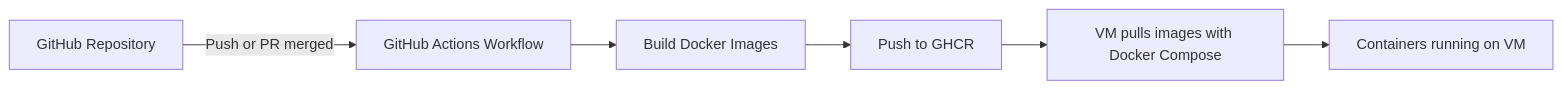
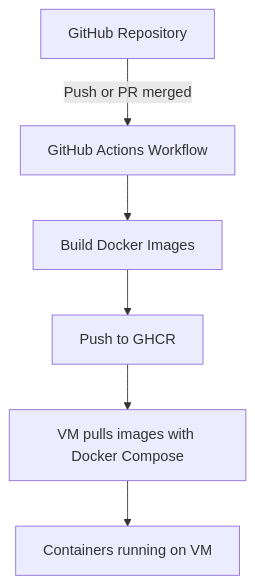
The diagram in readme.md (A-Marbach/conduit-container), drawn with Mermaid before and after one commit.

````diff
--- a/readme.md
+++ b/readme.md
@@ -111,8 +111,8 @@
 ```mermaid
-flowchart LR
+flowchart TD
     GitHubRepo[GitHub Repository] -->|Push or PR merged| Actions[GitHub Actions Workflow]
     Actions --> Build[Build Docker Images]
     Build --> Push[Push to GHCR]
     Push --> Pull[VM pulls images with Docker Compose]
     Pull --> Running[Containers running on VM]
 ```
````
